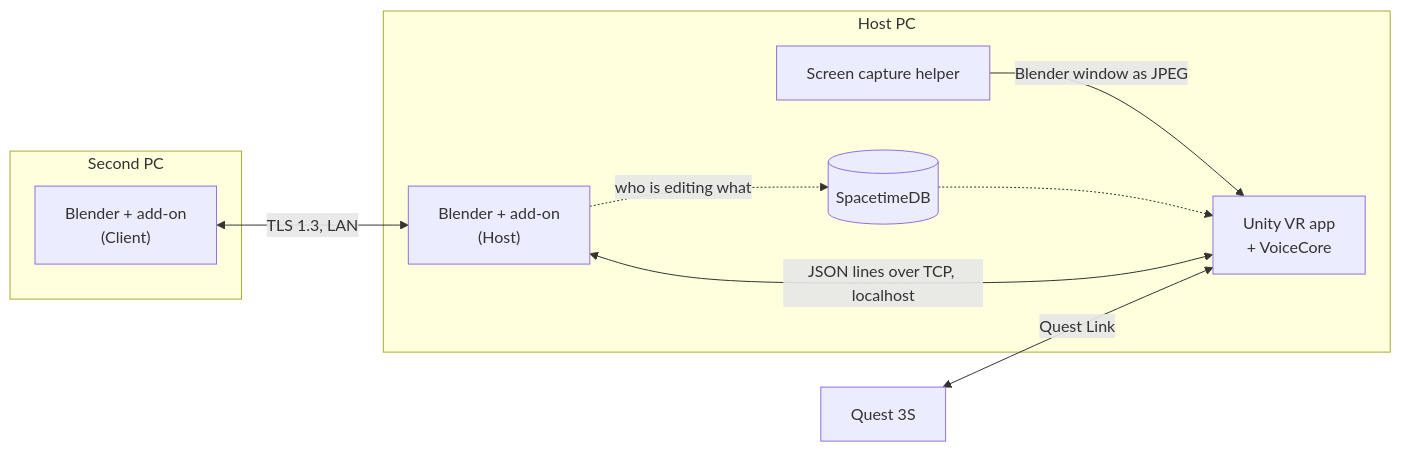
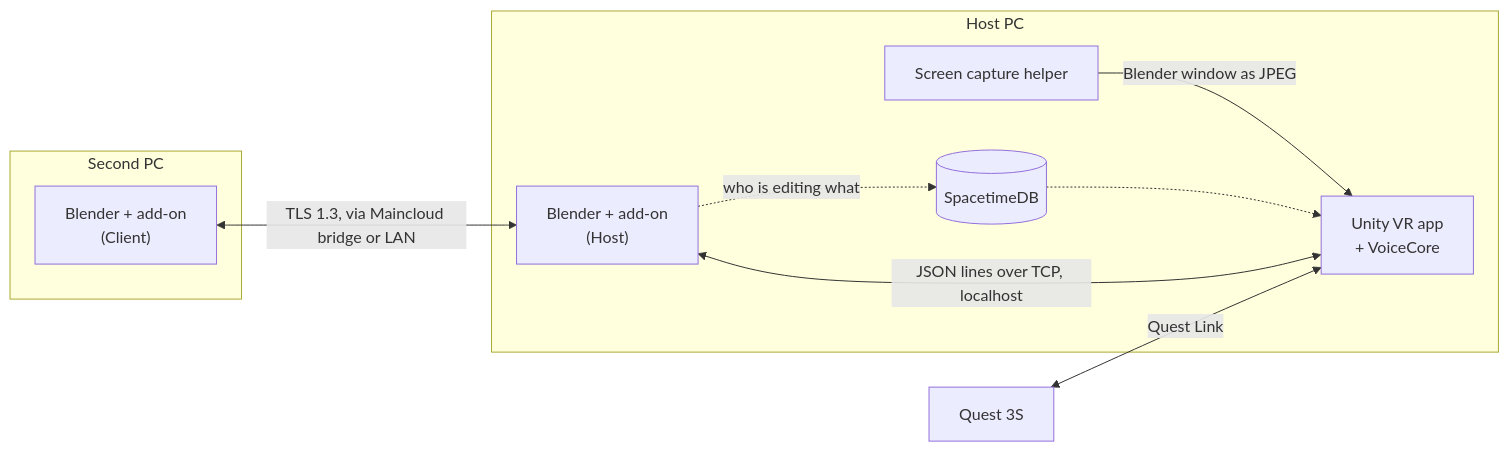
One commit to waaberi/calhacks13 changed the diagram in README.md. Above: the diagram before and after it, drawn with Mermaid. The commit also changed other lines of this file and 4 other files, not shown here.

Commit message:
Describe Maincloud as the way to join from another network; drop 'over the LAN' from the join switch

````diff
--- a/README.md
+++ b/README.md
@@ -32,19 +32,19 @@
 ```mermaid
 flowchart LR
   subgraph pc1["Host PC"]
     host["Blender + add-on<br/>(Host)"]
     app["Unity VR app<br/>+ VoiceCore"]
     capture["Screen capture helper"]
     stdb[("SpacetimeDB")]
   end
   subgraph pc2["Second PC"]
     client["Blender + add-on<br/>(Client)"]
   end
   quest["Quest 3S"]
   app <-->|"JSON lines over TCP, localhost"| host
   capture -->|"Blender window as JPEG"| app
-  client <-->|"TLS 1.3, LAN"| host
+  client <-->|"TLS 1.3, via Maincloud bridge or LAN"| host
   quest <-->|"Quest Link"| app
   host -.->|"who is editing what"| stdb
   stdb -.-> app
 ```
````
